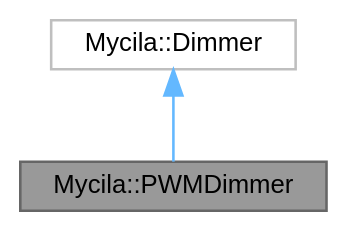
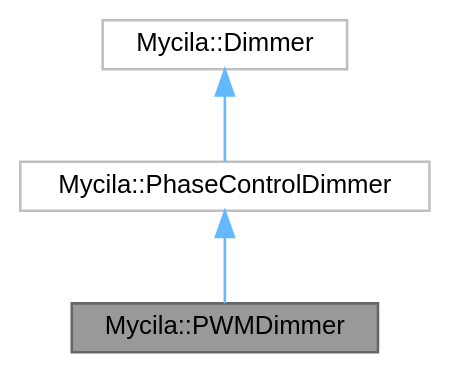
The diagram in docs/api/class_mycila_1_1_p_w_m_dimmer__coll__graph.dot (mathieucarbou/MycilaDimmer), drawn with Graphviz before and after one commit. The commit also changed 58 other files, not shown here.

```diff
--- a/docs/api/class_mycila_1_1_p_w_m_dimmer__coll__graph.dot
+++ b/docs/api/class_mycila_1_1_p_w_m_dimmer__coll__graph.dot
@@ -1,10 +1,12 @@
 digraph "Mycila::PWMDimmer"
 {
  // LATEX_PDF_SIZE
   bgcolor="transparent";
   edge [fontname=Helvetica,fontsize=10,labelfontname=Helvetica,labelfontsize=10];
   node [fontname=Helvetica,fontsize=10,shape=box,height=0.2,width=0.4];
   Node1 [id="Node000001",label="Mycila::PWMDimmer",height=0.2,width=0.4,color="gray40", fillcolor="grey60", style="filled", fontcolor="black",tooltip="PWM based dimmer implementation for voltage regulators controlled by a PWM signal to 0-10V analog con..."];
   Node2 -> Node1 [id="edge1_Node000001_Node000002",dir="back",color="steelblue1",style="solid",tooltip=" "];
-  Node2 [id="Node000002",label="Mycila::Dimmer",height=0.2,width=0.4,color="grey75", fillcolor="white", style="filled",URL="$class_mycila_1_1_dimmer.html",tooltip=" "];
+  Node2 [id="Node000002",label="Mycila::PhaseControlDimmer",height=0.2,width=0.4,color="grey75", fillcolor="white", style="filled",URL="$class_mycila_1_1_phase_control_dimmer.html",tooltip=" "];
+  Node3 -> Node2 [id="edge2_Node000002_Node000003",dir="back",color="steelblue1",style="solid",tooltip=" "];
+  Node3 [id="Node000003",label="Mycila::Dimmer",height=0.2,width=0.4,color="grey75", fillcolor="white", style="filled",URL="$class_mycila_1_1_dimmer.html",tooltip=" "];
 }
```
